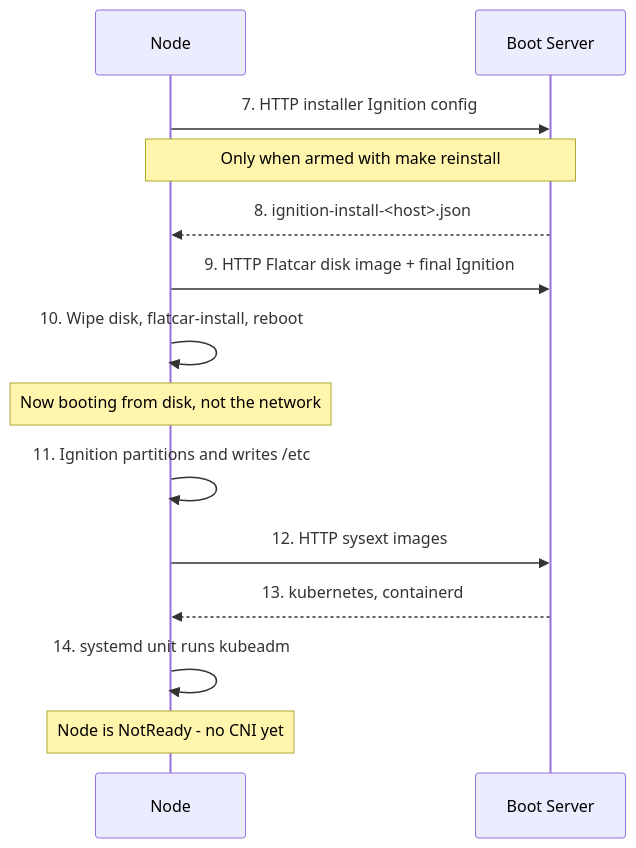
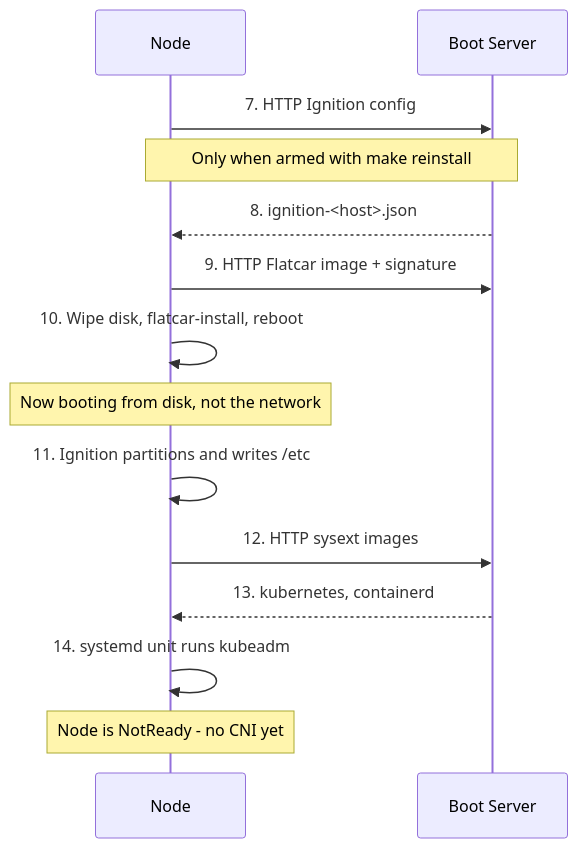
One commit to JanWelker/homelab changed the second of 3 diagrams in docs/architecture/boot-process.md. Above: the diagram before and after it, drawn with Mermaid. The commit also changed other lines of this file and 6 other files, not shown here.

First line of the commit message:
refactor(ignition): one config per host, not two

````diff
--- a/docs/architecture/boot-process.md
+++ b/docs/architecture/boot-process.md
@@ -49,17 +60,17 @@
 ```mermaid
 sequenceDiagram
     participant Node
     participant Server as Boot Server
 
-    Node->>Server: 7. HTTP installer Ignition config
+    Node->>Server: 7. HTTP Ignition config
     Note over Node,Server: Only when armed with make reinstall
-    Server-->>Node: 8. ignition-install-<host>.json
-    Node->>Server: 9. HTTP Flatcar disk image + final Ignition
+    Server-->>Node: 8. ignition-<host>.json
+    Node->>Server: 9. HTTP Flatcar image + signature
     Node->>Node: 10. Wipe disk, flatcar-install, reboot
     Note over Node: Now booting from disk, not the network
     Node->>Node: 11. Ignition partitions and writes /etc
     Node->>Server: 12. HTTP sysext images
     Server-->>Node: 13. kubernetes, containerd
     Node->>Node: 14. systemd unit runs kubeadm
     Note over Node: Node is NotReady - no CNI yet
 ```
````
